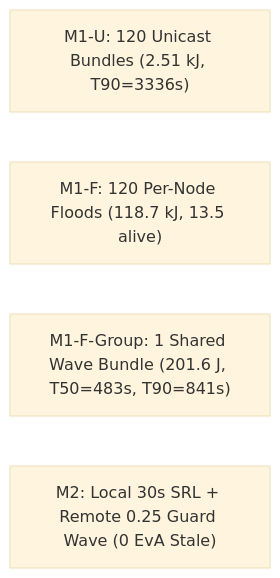
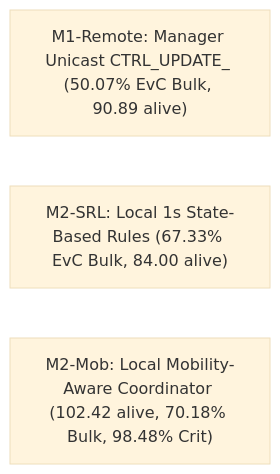
One commit to nafisshahriar/ADTNM changed the diagram in docs/study-guide/figures/mmd/fig11_dissemination_modes.mmd. Above: the diagram before and after it, drawn with Mermaid (base theme). The commit also changed 186 other files, not shown here.

```diff
--- a/docs/study-guide/figures/mmd/fig11_dissemination_modes.mmd
+++ b/docs/study-guide/figures/mmd/fig11_dissemination_modes.mmd
@@ -1,5 +1,4 @@
 flowchart LR
-  M1U["M1-U: 120 Unicast Bundles (2.51 kJ, T90=3336s)"]
-  M1F["M1-F: 120 Per-Node Floods (118.7 kJ, 13.5 alive)"]
-  M1FG["M1-F-Group: 1 Shared Wave Bundle (201.6 J, T50=483s, T90=841s)"]
-  M2["M2: Local 30s SRL + Remote 0.25 Guard Wave (0 EvA Stale)"]
+  M1R["M1-Remote: Manager Unicast CTRL_UPDATE_ (50.07% EvC Bulk, 90.89 alive)"]
+  M2S["M2-SRL: Local 1s State-Based Rules (67.33% EvC Bulk, 84.00 alive)"]
+  M2M["M2-Mob: Local Mobility-Aware Coordinator (102.42 alive, 70.18% Bulk, 98.48% Crit)"]
```
